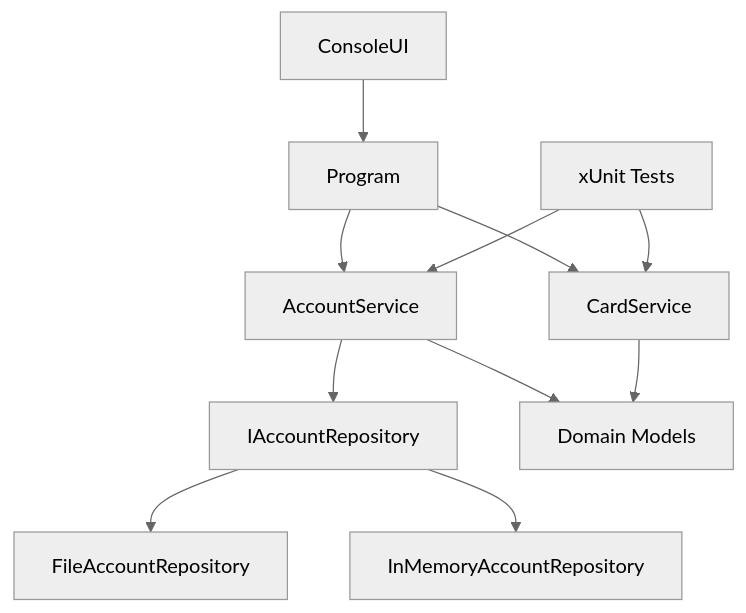
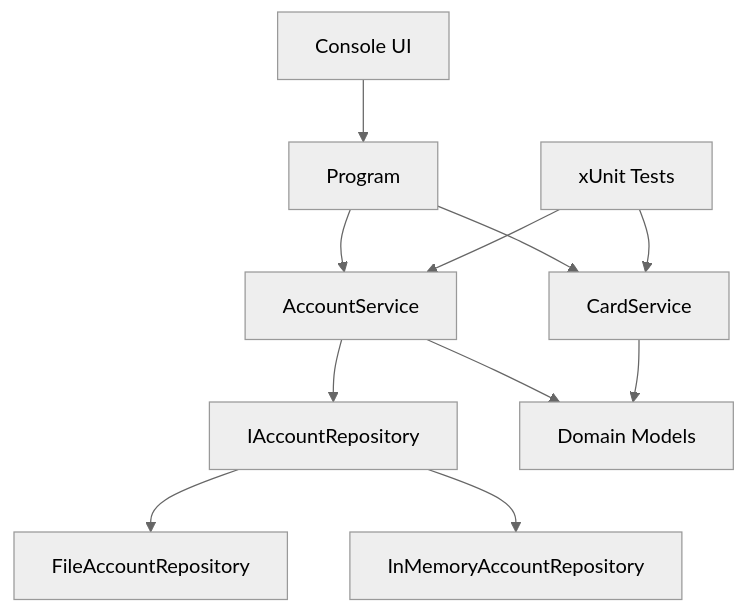
The diagram in README.md (RMBarros-Dev/Sistema-Bancario), drawn with Mermaid (neutral theme) before and after one commit. The commit also changed other lines of this file, not shown here.

````diff
--- a/README.md
+++ b/README.md
@@ -61,13 +62,13 @@
 ```mermaid
 flowchart TD
-  UI[ConsoleUI] --> Program[Program]
+  UI[Console UI] --> Program[Program]
   Program --> AccountService[AccountService]
   Program --> CardService[CardService]
   AccountService --> Interface[IAccountRepository]
   Interface --> FileRepo[FileAccountRepository]
   Interface --> MemoryRepo[InMemoryAccountRepository]
   AccountService --> Models[Domain Models]
   CardService --> Models
   Tests[xUnit Tests] --> AccountService
   Tests --> CardService
 ```
````
